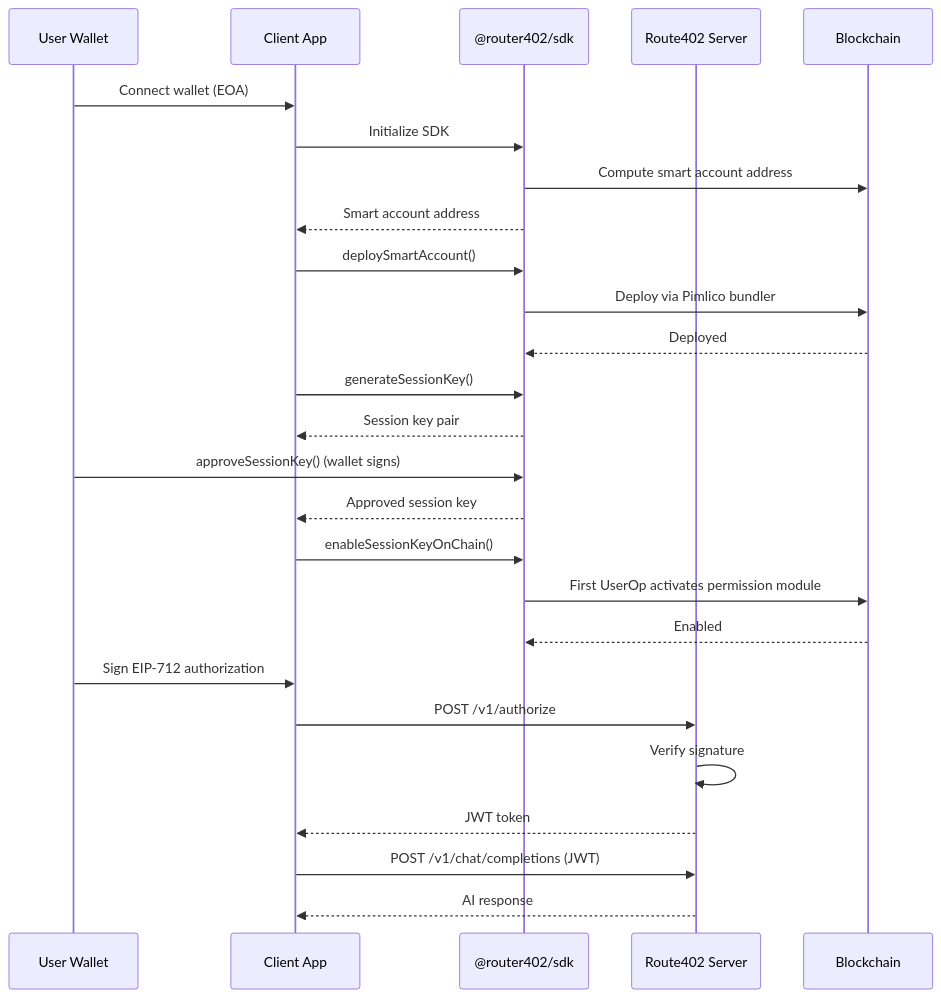
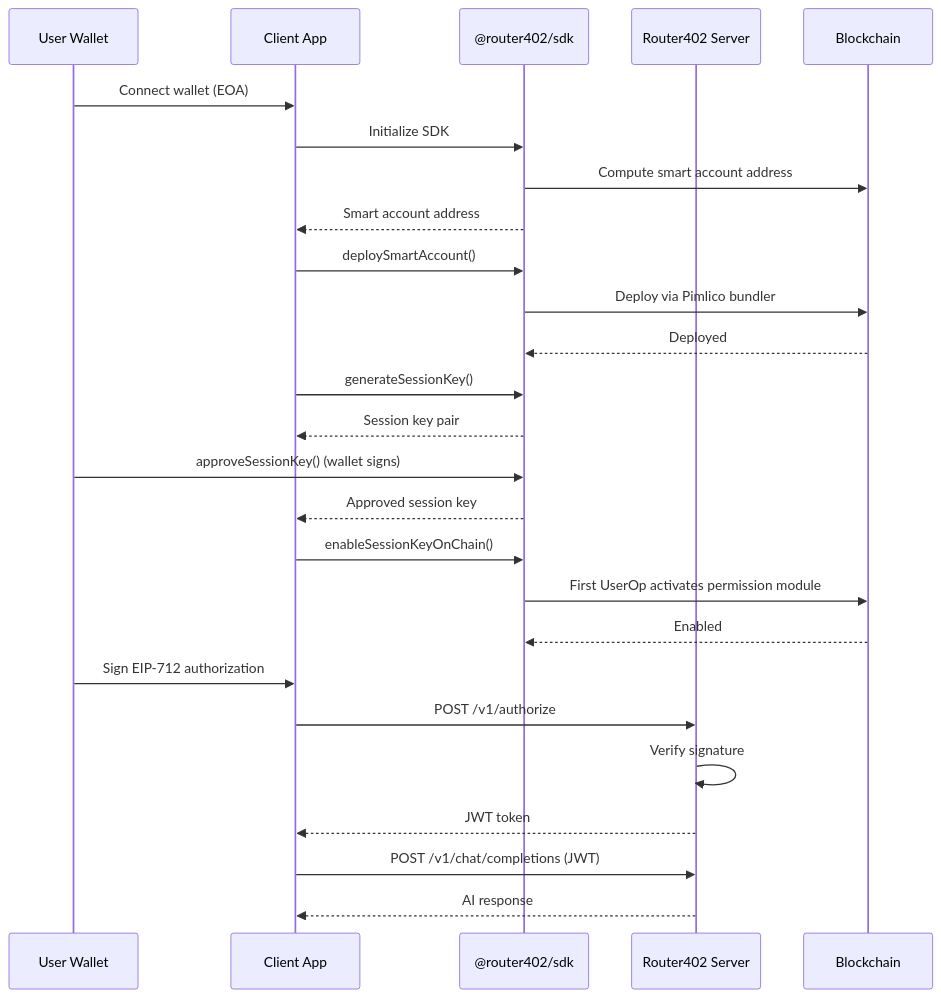
The second of 5 diagrams in docs/guides/architecture.md (itublockchain/hackmoney-router402), drawn with Mermaid before and after one commit. The commit also changed other lines of this file and 11 other files, not shown here.

````diff
--- a/docs/guides/architecture.md
+++ b/docs/guides/architecture.md
@@ -110,35 +110,35 @@
 ```mermaid
 sequenceDiagram
     participant User as User Wallet
     participant App as Client App
     participant SDK as @router402/sdk
-    participant Server as Route402 Server
+    participant Server as Router402 Server
     participant Chain as Blockchain
 
     User->>App: Connect wallet (EOA)
     App->>SDK: Initialize SDK
     SDK->>Chain: Compute smart account address
     SDK-->>App: Smart account address
 
     App->>SDK: deploySmartAccount()
     SDK->>Chain: Deploy via Pimlico bundler
     Chain-->>SDK: Deployed
 
     App->>SDK: generateSessionKey()
     SDK-->>App: Session key pair
 
     User->>SDK: approveSessionKey() (wallet signs)
     SDK-->>App: Approved session key
 
     App->>SDK: enableSessionKeyOnChain()
     SDK->>Chain: First UserOp activates permission module
     Chain-->>SDK: Enabled
 
     User->>App: Sign EIP-712 authorization
     App->>Server: POST /v1/authorize
     Server->>Server: Verify signature
     Server-->>App: JWT token
 
     App->>Server: POST /v1/chat/completions (JWT)
     Server-->>App: AI response
 ```
````
